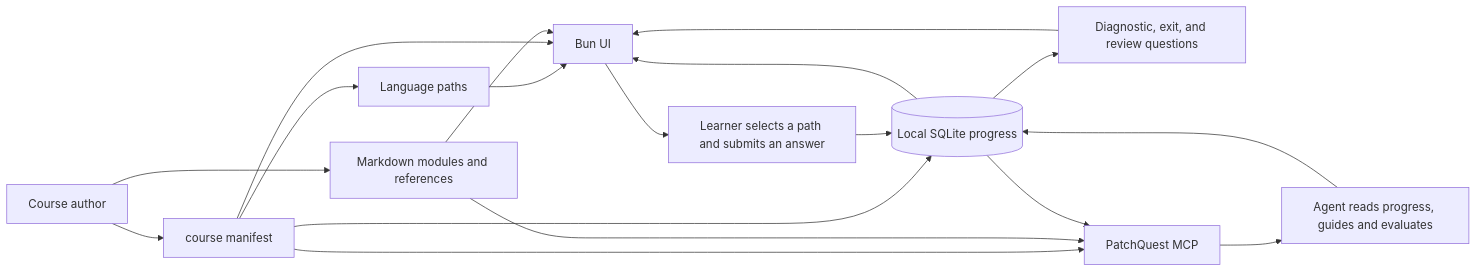
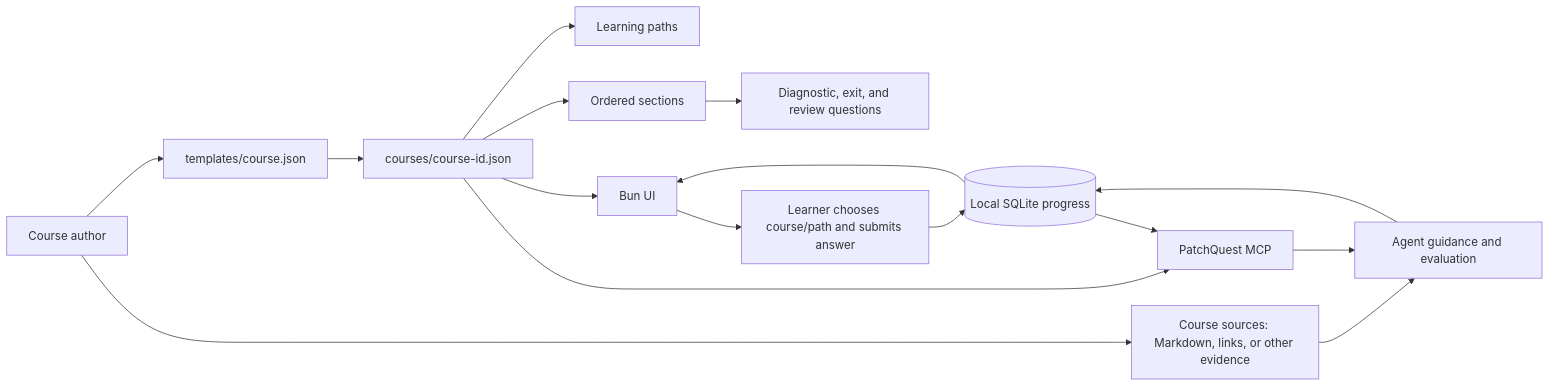
The diagram in docs/course-authoring.md (learn-deck/learndeck), drawn with Mermaid before and after one commit. The commit also changed other lines of this file and 22 other files, not shown here.

````diff
--- a/docs/course-authoring.md
+++ b/docs/course-authoring.md
@@ -7,20 +8,18 @@
 ```mermaid
 flowchart LR
-  A[Course author] --> M[course manifest]
-  A --> D[Markdown modules and references]
-  M --> H[Language paths]
+  A[Course author] --> T[templates/course.json]
+  T --> M[courses/course-id.json]
+  A --> D[Course sources: Markdown, links, or other evidence]
+  M --> H[Learning paths]
   M --> S[Ordered sections]
   S --> Q[Diagnostic, exit, and review questions]
-  H --> U
-  Q --> U
   M --> U[Bun UI]
   M --> P[PatchQuest MCP]
-  D --> U
-  D --> P
-  U --> L[Learner selects a path and submits an answer]
-  P --> G[Agent reads progress, guides and evaluates]
-  G --> S[(Local SQLite progress)]
-  L --> S
-  S --> U
-  S --> P
+  D --> G[Agent guidance and evaluation]
+  U --> L[Learner chooses course/path and submits answer]
+  P --> G
+  G --> DB[(Local SQLite progress)]
+  L --> DB
+  DB --> U
+  DB --> P
 ```
````
